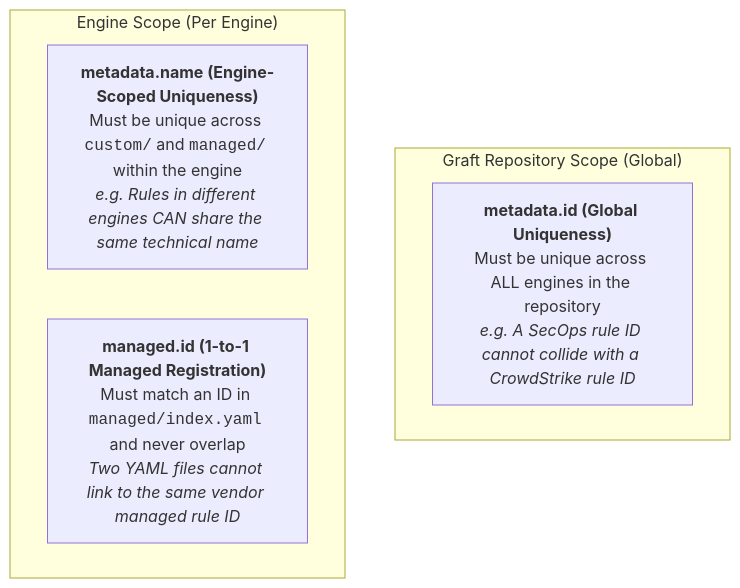
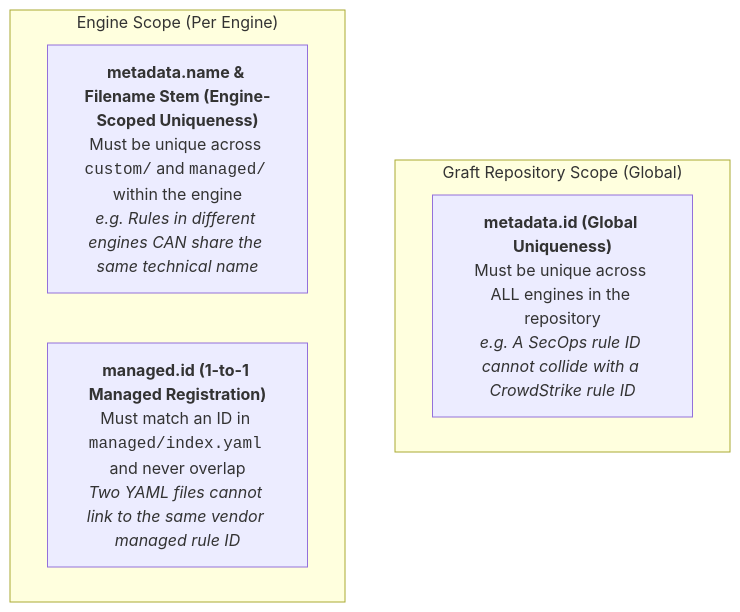
Before and after one commit to lopes/graft: the second of 3 diagrams in docs/analysts/rule_authoring.md, drawn with Mermaid. The commit also changed other lines of this file and 37 other files, not shown here.

````diff
--- a/docs/analysts/rule_authoring.md
+++ b/docs/analysts/rule_authoring.md
@@ -89,11 +130,11 @@
 ```mermaid
 flowchart TD
     subgraph RepoScope["Graft Repository Scope (Global)"]
         ID["<b>metadata.id (Global Uniqueness)</b><br/>Must be unique across ALL engines in the repository<br/><i>e.g. A SecOps rule ID cannot collide with a CrowdStrike rule ID</i>"]
     end
 
     subgraph EngineScope["Engine Scope (Per Engine)"]
-        NAME["<b>metadata.name (Engine-Scoped Uniqueness)</b><br/>Must be unique across <code>custom/</code> and <code>managed/</code> within the engine<br/><i>e.g. Rules in different engines CAN share the same technical name</i>"]
+        NAME["<b>metadata.name &amp; Filename Stem (Engine-Scoped Uniqueness)</b><br/>Must be unique across <code>custom/</code> and <code>managed/</code> within the engine<br/><i>e.g. Rules in different engines CAN share the same technical name</i>"]
         MAN_ID["<b>managed.id (1-to-1 Managed Registration)</b><br/>Must match an ID in <code>managed/index.yaml</code> and never overlap<br/><i>Two YAML files cannot link to the same vendor managed rule ID</i>"]
     end
 ```
````
